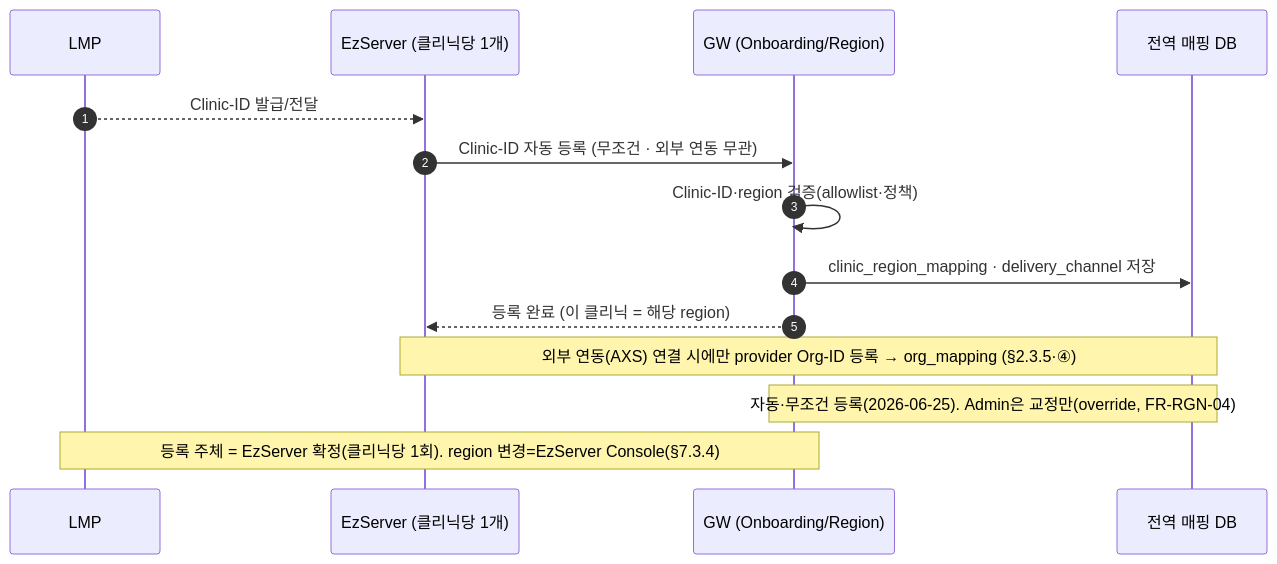
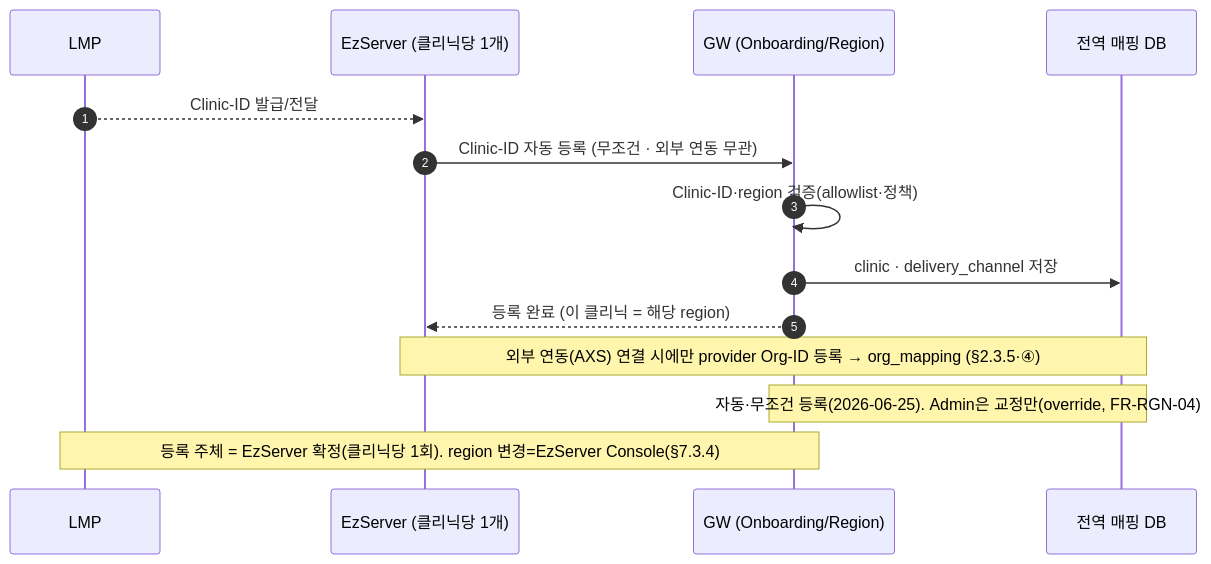
One commit to gracegyu/scp-architecture changed the seventh of 17 diagrams in docs/VT_API_Gateway/08.VT_API_Gateway/specs/03-srs-gateway/SRS.md. Above: the diagram before and after it, drawn with Mermaid. The commit also changed other lines of this file and 8 other files, not shown here.

Commit message:
문서 업데이트: VT API Gateway의 SRS 문서에서 `clinic_region_mapping` 테이블을 `clinic`으로 승격하고, 관련 DBML 및 OpenAPI 문서에서 클리닉 등록 프로세스를 자동화하여 일관성을 강화하였습니다. 또한, region 해석 프로세스를 개선하고, Redis 캐시 키 패턴을 업데이트하여 데이터 구조의 명확성을 높였습니다. 설정 파일에 새로운 Bash 스크립트를 추가하여 개발 환경에서의 도구 활성화 및 오류 처리를 개선하였습니다.

````diff
--- a/docs/VT_API_Gateway/08.VT_API_Gateway/specs/03-srs-gateway/SRS.md
+++ b/docs/VT_API_Gateway/08.VT_API_Gateway/specs/03-srs-gateway/SRS.md
@@ -472,16 +472,16 @@
 ```mermaid
 sequenceDiagram
     autonumber
     participant LMP as LMP
     participant EZ as EzServer (클리닉당 1개)
     participant GW as GW (Onboarding/Region)
     participant DB as 전역 매핑 DB
     LMP-->>EZ: Clinic-ID 발급/전달
     EZ->>GW: Clinic-ID 자동 등록 (무조건 · 외부 연동 무관)
     GW->>GW: Clinic-ID·region 검증(allowlist·정책)
-    GW->>DB: clinic_region_mapping · delivery_channel 저장
+    GW->>DB: clinic · delivery_channel 저장
     GW-->>EZ: 등록 완료 (이 클리닉 = 해당 region)
     Note over EZ,DB: 외부 연동(AXS) 연결 시에만 provider Org-ID 등록 → org_mapping (§2.3.5·④)
     Note over GW,DB: 자동·무조건 등록(2026-06-25). Admin은 교정만(override, FR-RGN-04)
     Note over LMP,GW: 등록 주체 = EzServer 확정(클리닉당 1회). region 변경=EzServer Console(§7.3.4)
 ```
````
